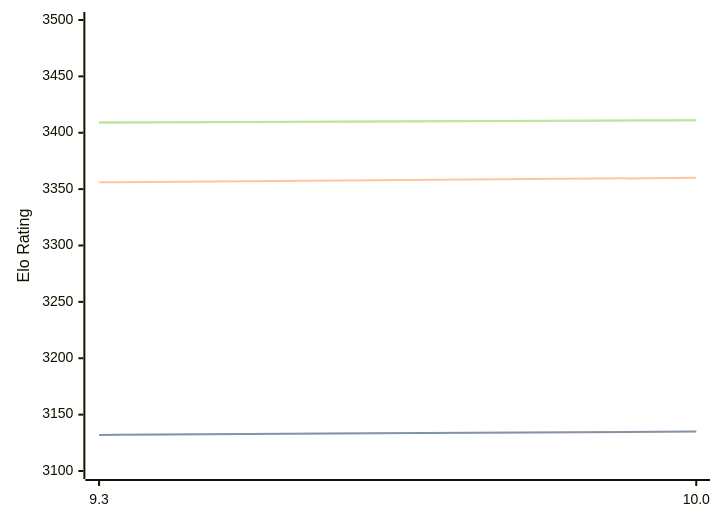
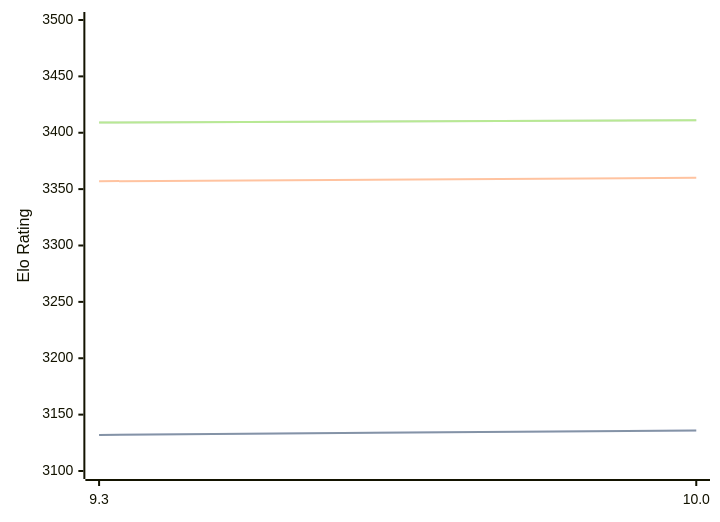
One commit to computer-chess-index/cci changed the third of 3 diagrams in engines/Fire.md. Above: the diagram before and after it, drawn with Mermaid. The commit also changed other lines of this file, not shown here.

````diff
--- a/engines/Fire.md
+++ b/engines/Fire.md
@@ -80,11 +80,11 @@
 ```mermaid
 %%{init: {"theme":"base","themeVariables":{"seriesColors:['#a3a3a3','#222221','#faa371']}}}%%
 xychart-beta
   x-axis ["9.3", "10.0"]
   y-axis "Elo Rating" 3100 --> 3500
-  line "STC (8.0+0.08s)" [3132, 3135]
-  line "STC (8.0+0.08s)" [3132, 3135]
-  line "LTC (60.0+0.60s)" [3356, 3360]
+  line "STC (8.0+0.08s)" [3132, 3136]
+  line "STC (8.0+0.08s)" [3132, 3136]
+  line "LTC (60.0+0.60s)" [3357, 3360]
   line "VLTC (2m24s+1.12s)" [3409, 3411]
   line "VLTC (2m24s+1.12s)" [3409, 3411]
 ```
````
